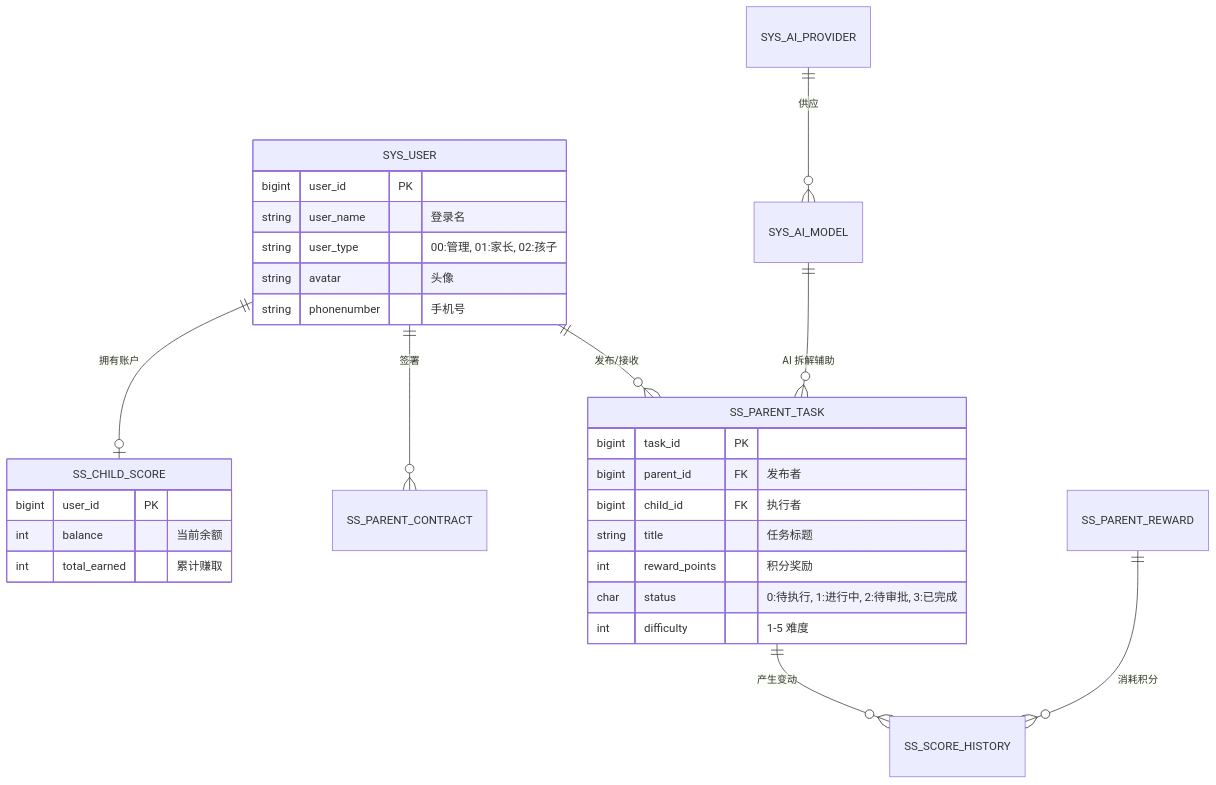
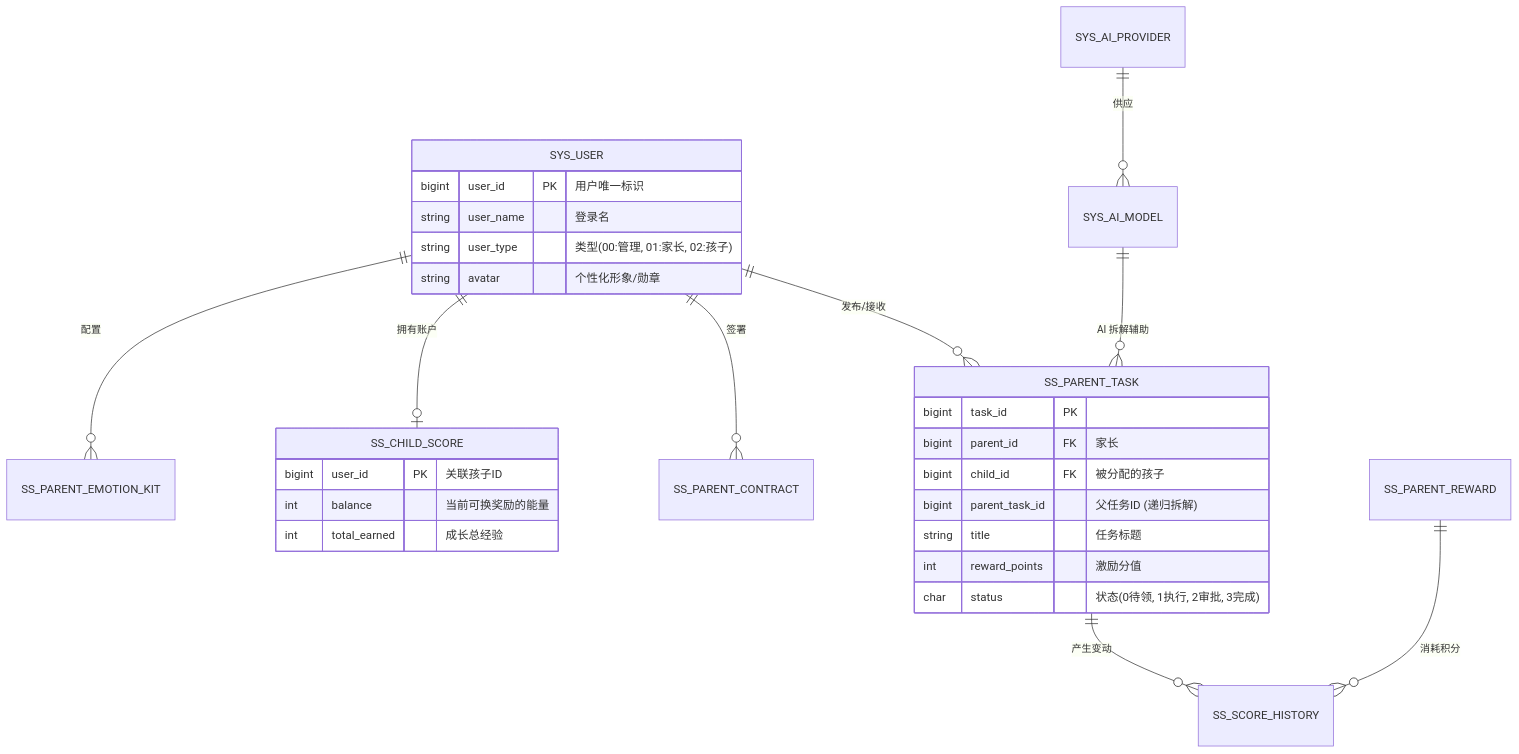
Before and after one commit to xiaozhaoosc/ss: the diagram in docs/todo/db.md, drawn with Mermaid. The commit also changed other lines of this file and 15 other files, not shown here.

````diff
--- a/docs/todo/db.md
+++ b/docs/todo/db.md
@@ -10,34 +10,34 @@
 ```mermaid
 erDiagram
     SYS_USER ||--o{ SS_PARENT_TASK : "发布/接收"
     SYS_USER ||--o{ SS_PARENT_CONTRACT : "签署"
     SYS_USER ||--o| SS_CHILD_SCORE : "拥有账户"
+    SYS_USER ||--o{ SS_PARENT_EMOTION_KIT : "配置"
     SS_PARENT_TASK ||--o{ SS_SCORE_HISTORY : "产生变动"
     SS_PARENT_REWARD ||--o{ SS_SCORE_HISTORY : "消耗积分"
     SYS_AI_MODEL ||--o{ SS_PARENT_TASK : "AI 拆解辅助"
     SYS_AI_PROVIDER ||--o{ SYS_AI_MODEL : "供应"
 
     SYS_USER {
-        bigint user_id PK
+        bigint user_id PK "用户唯一标识"
         string user_name "登录名"
-        string user_type "00:管理, 01:家长, 02:孩子"
-        string avatar "头像"
-        string phonenumber "手机号"
+        string user_type "类型(00:管理, 01:家长, 02:孩子)"
+        string avatar "个性化形象/勋章"
     }
 
     SS_PARENT_TASK {
         bigint task_id PK
-        bigint parent_id FK "发布者"
-        bigint child_id FK "执行者"
+        bigint parent_id FK "家长"
+        bigint child_id FK "被分配的孩子"
+        bigint parent_task_id "父任务ID (递归拆解)"
         string title "任务标题"
-        int reward_points "积分奖励"
-        char status "0:待执行, 1:进行中, 2:待审批, 3:已完成"
-        int difficulty "1-5 难度"
+        int reward_points "激励分值"
+        char status "状态(0待领, 1执行, 2审批, 3完成)"
     }
 
     SS_CHILD_SCORE {
-        bigint user_id PK
-        int balance "当前余额"
-        int total_earned "累计赚取"
+        bigint user_id PK "关联孩子ID"
+        int balance "当前可换奖励的能量"
+        int total_earned "成长总经验"
     }
 ```
````
